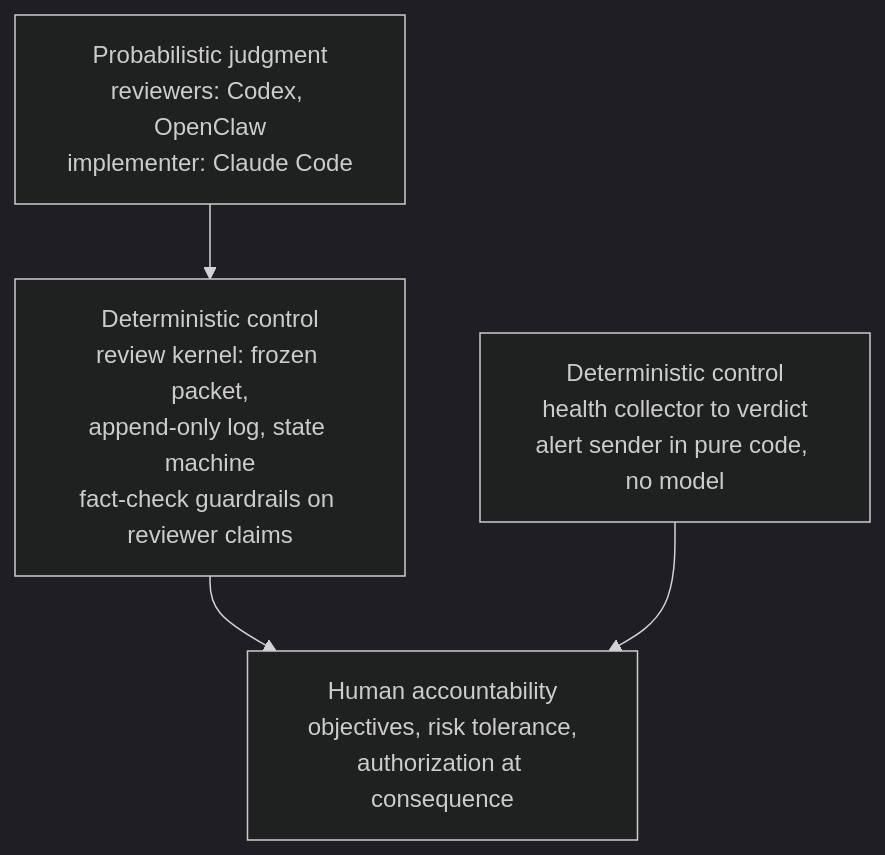
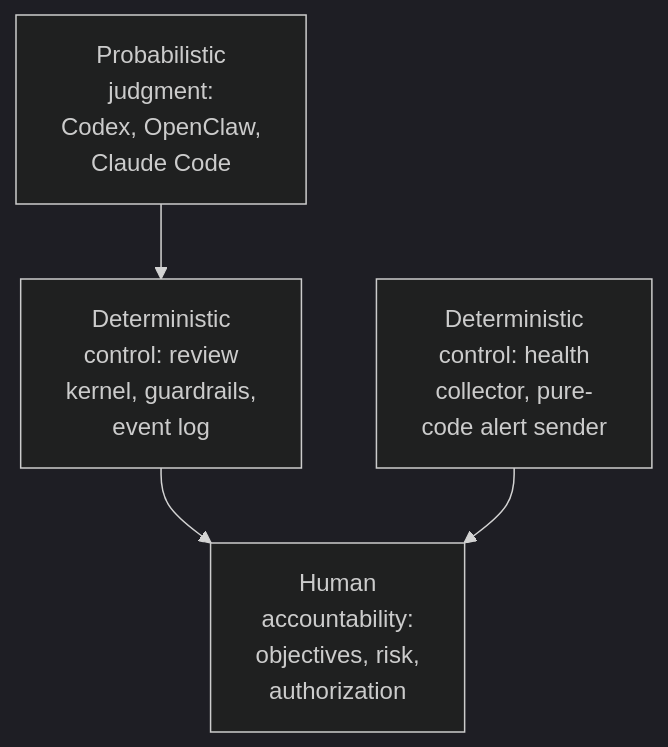
The diagram in diagrams/03-three-layer-trust-model.mmd (justinzealand/executive-ai-portfolio), drawn with Mermaid (dark theme) before and after one commit. The commit also changed 5 other files, not shown here.

Commit message:
Short diagram labels for GitHub blob-view rendering

```diff
--- a/diagrams/03-three-layer-trust-model.mmd
+++ b/diagrams/03-three-layer-trust-model.mmd
@@ -1,8 +1,8 @@
 flowchart TB
-  J["Probabilistic judgment<br/>reviewers: Codex, OpenClaw<br/>implementer: Claude Code"]
-  K["Deterministic control<br/>review kernel: frozen packet,<br/>append-only log, state machine<br/>fact-check guardrails on reviewer claims"]
-  O["Deterministic control<br/>health collector to verdict<br/>alert sender in pure code, no model"]
-  HU["Human accountability<br/>objectives, risk tolerance,<br/>authorization at consequence"]
+  J["Probabilistic<br/>judgment:<br/>Codex, OpenClaw,<br/>Claude Code"]
+  K["Deterministic<br/>control: review<br/>kernel, guardrails,<br/>event log"]
+  O["Deterministic<br/>control: health<br/>collector, pure-<br/>code alert sender"]
+  HU["Human<br/>accountability:<br/>objectives, risk,<br/>authorization"]
   J --> K
   K --> HU
   O --> HU
```
